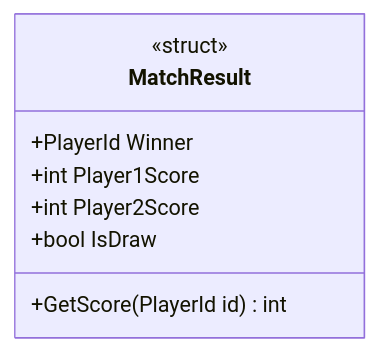
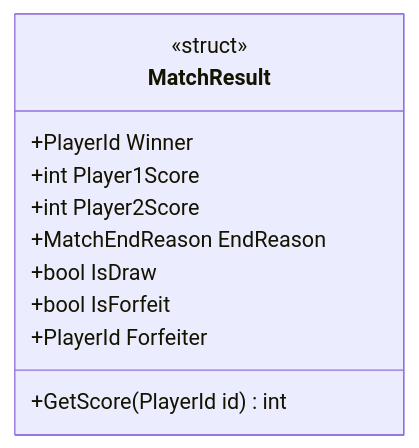
One commit to Chacashi/Alien-Farms changed the diagram in Docs/Arquitectura/Clases/Core/MatchResult.md. Above: the diagram before and after it, drawn with Mermaid. The commit also changed other lines of this file and 257 other files, not shown here.

````diff
--- a/Docs/Arquitectura/Clases/Core/MatchResult.md
+++ b/Docs/Arquitectura/Clases/Core/MatchResult.md
@@ -15,13 +15,16 @@
 ```mermaid
 classDiagram
   direction LR
   class MatchResult {
     <<struct>>
     +PlayerId Winner
     +int Player1Score
     +int Player2Score
+    +MatchEndReason EndReason
     +bool IsDraw
+    +bool IsForfeit
+    +PlayerId Forfeiter
     +GetScore(PlayerId id) int
   }
   classDef external fill:#eee,stroke:#999,stroke-dasharray: 4 3,color:#555
 ```
````
